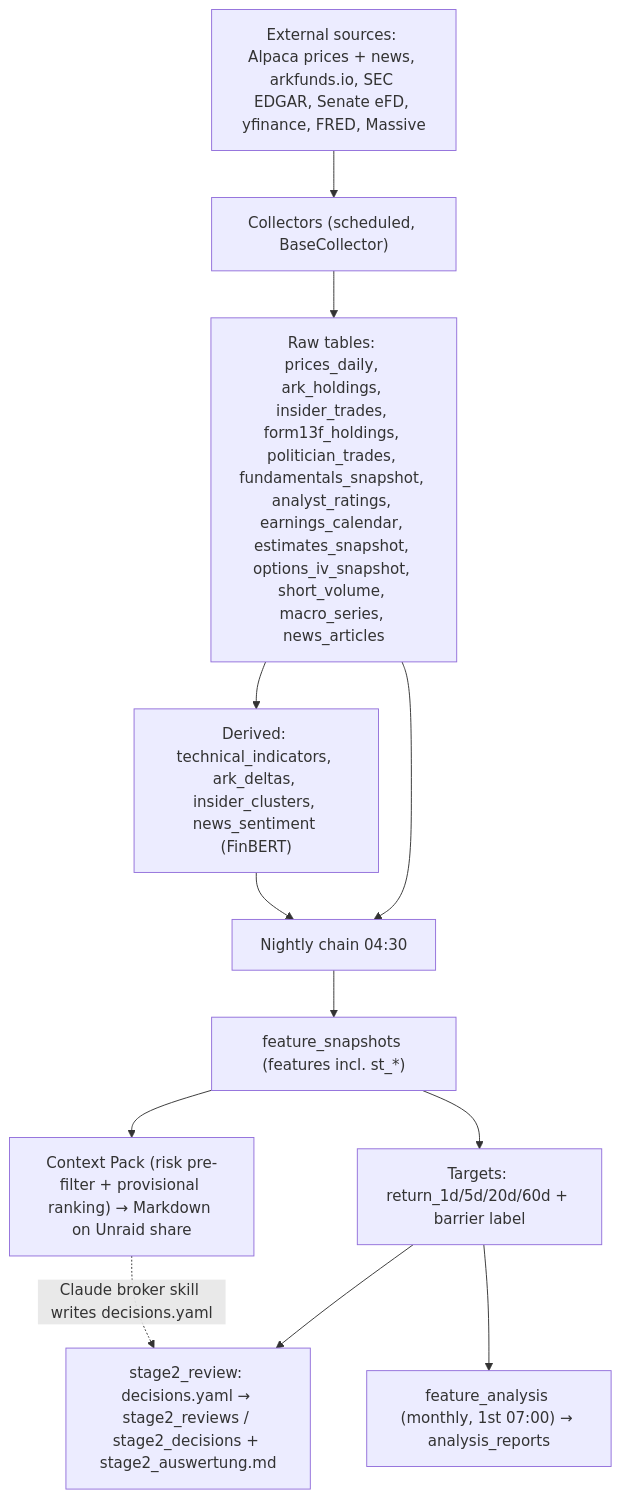
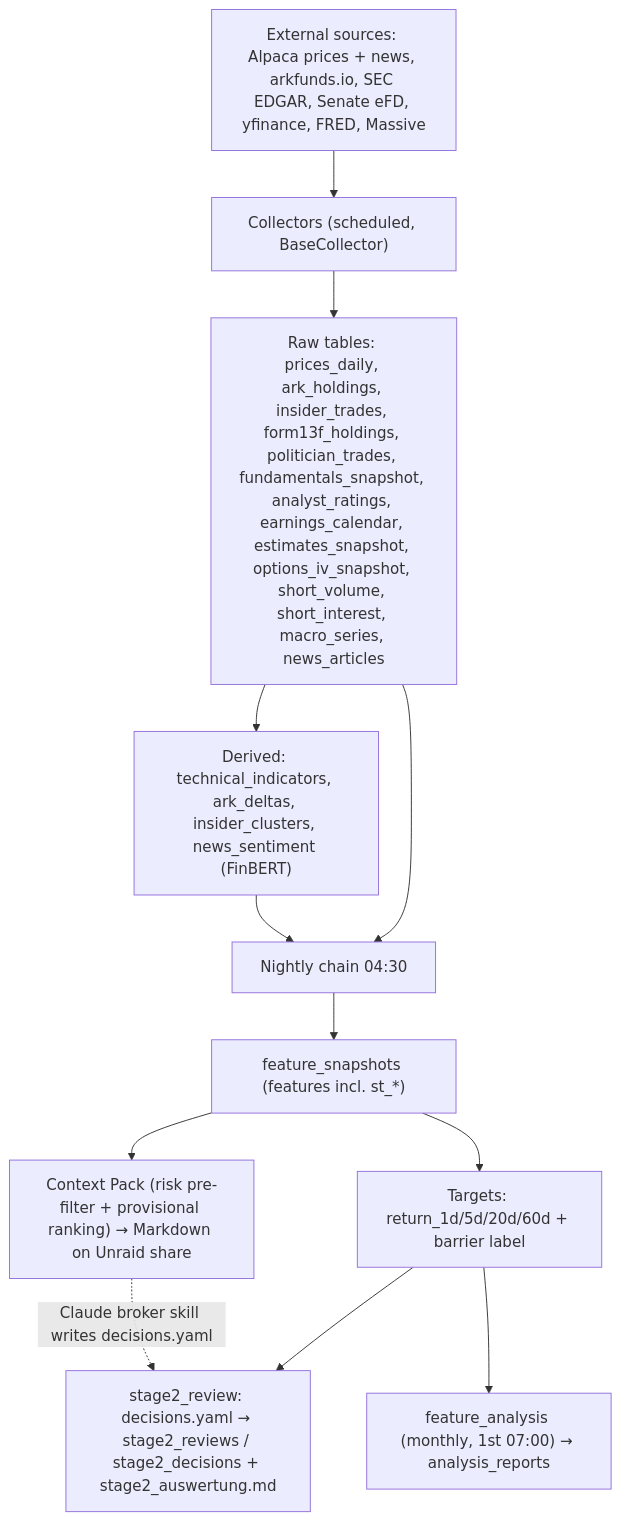
Before and after one commit to sebastianganser/Alpaca-Broker: the first of 2 diagrams in docs/ARCHITECTURE.md, drawn with Mermaid. The commit also changed other lines of this file and 14 other files, not shown here.

Commit message:
docs: FINRA short interest source, job, features and decision (session 33)

````diff
--- a/docs/ARCHITECTURE.md
+++ b/docs/ARCHITECTURE.md
@@ -228,14 +231,14 @@
 ```mermaid
 flowchart TD
     SRC["External sources: Alpaca prices + news, arkfunds.io, SEC EDGAR, Senate eFD, yfinance, FRED, Massive"] --> COL["Collectors (scheduled, BaseCollector)"]
-    COL --> RAW["Raw tables: prices_daily, ark_holdings, insider_trades, form13f_holdings, politician_trades, fundamentals_snapshot, analyst_ratings, earnings_calendar, estimates_snapshot, options_iv_snapshot, short_volume, macro_series, news_articles"]
+    COL --> RAW["Raw tables: prices_daily, ark_holdings, insider_trades, form13f_holdings, politician_trades, fundamentals_snapshot, analyst_ratings, earnings_calendar, estimates_snapshot, options_iv_snapshot, short_volume, short_interest, macro_series, news_articles"]
     RAW --> DER["Derived: technical_indicators, ark_deltas, insider_clusters, news_sentiment (FinBERT)"]
     RAW --> CHAIN
     DER --> CHAIN["Nightly chain 04:30"]
     CHAIN --> FS["feature_snapshots (features incl. st_*)"]
     FS --> TGT["Targets: return_1d/5d/20d/60d + barrier label"]
     TGT --> S2["stage2_review: decisions.yaml → stage2_reviews / stage2_decisions + stage2_auswertung.md"]
     FS --> CP["Context Pack (risk pre-filter + provisional ranking) → Markdown on Unraid share"]
     CP -. "Claude broker skill writes decisions.yaml" .-> S2
     TGT --> FA["feature_analysis (monthly, 1st 07:00) → analysis_reports"]
 ```
````
